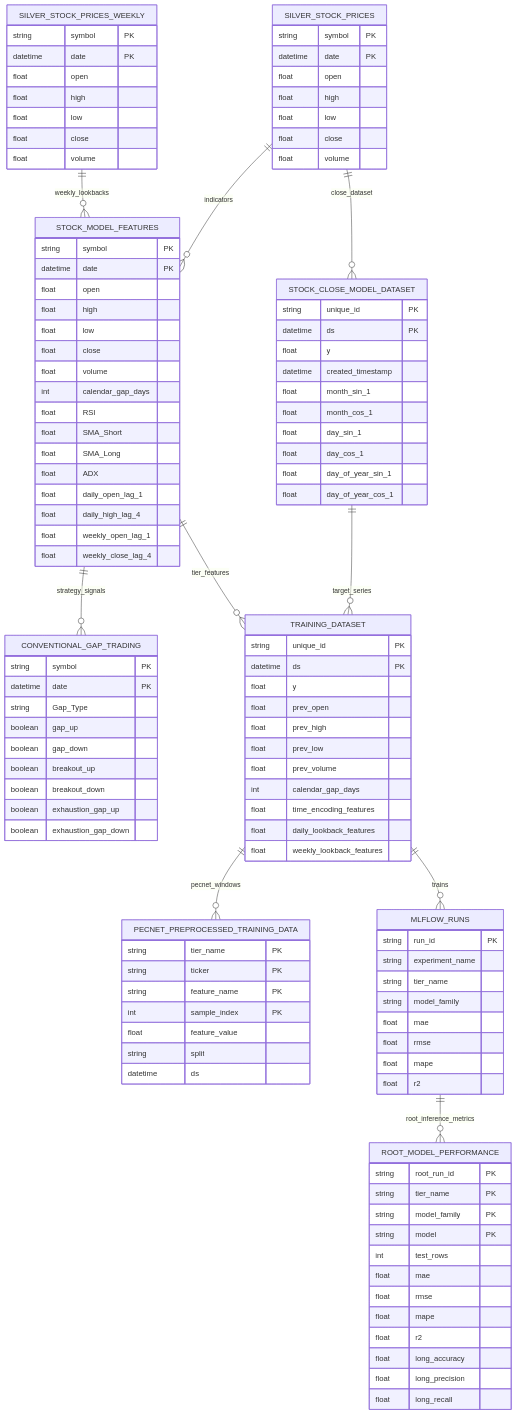
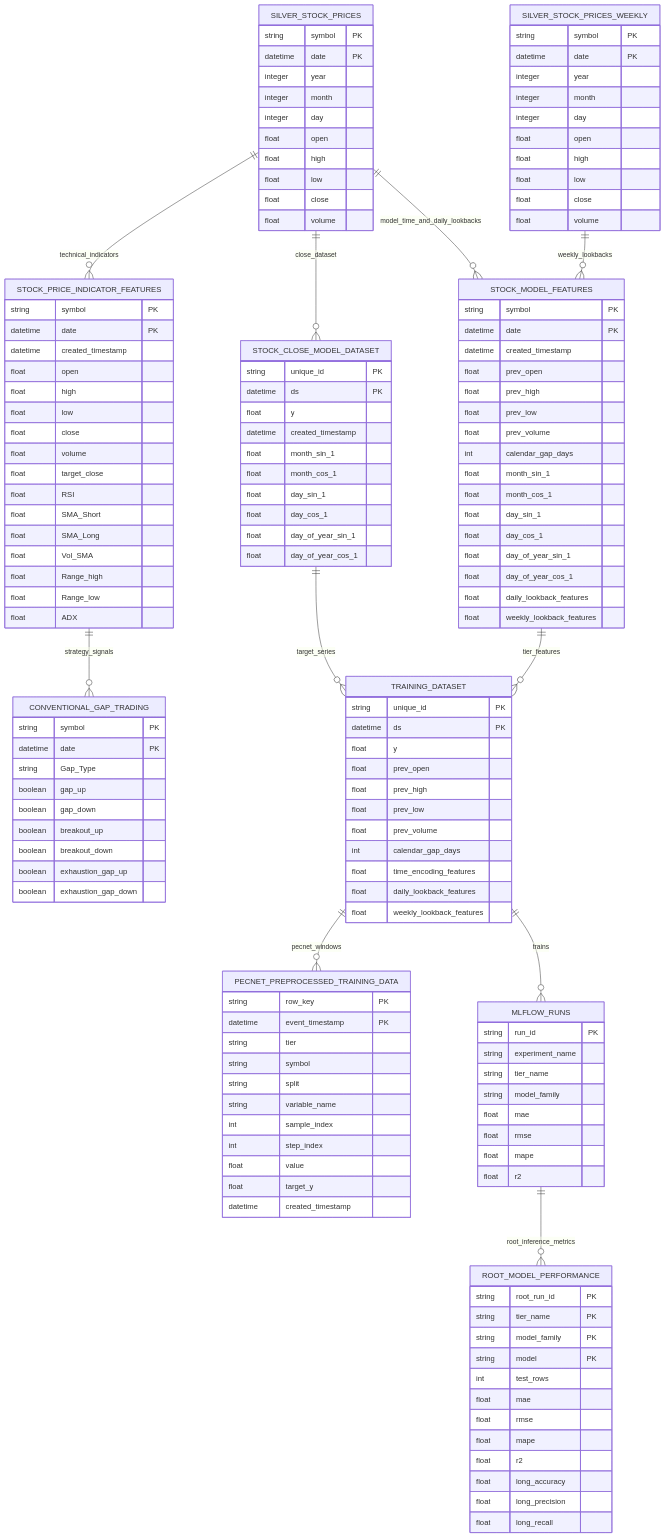
Before and after one commit to Batuhansaylam26/algo_trading: the second of 2 diagrams in docs/stock_close_oop_and_data_diagrams.md, drawn with Mermaid. The commit also changed other lines of this file and 23 other files, not shown here.

```diff
--- a/docs/stock_close_oop_and_data_diagrams.md
+++ b/docs/stock_close_oop_and_data_diagrams.md
@@ -171,6 +175,9 @@
     SILVER_STOCK_PRICES {
         string symbol PK
         datetime date PK
+        integer year
+        integer month
+        integer day
         float open
         float high
         float low
@@ -181,6 +188,9 @@
     SILVER_STOCK_PRICES_WEEKLY {
         string symbol PK
         datetime date PK
+        integer year
+        integer month
+        integer day
         float open
         float high
         float low
@@ -204,20 +214,39 @@
     STOCK_MODEL_FEATURES {
         string symbol PK
         datetime date PK
+        datetime created_timestamp
+        float prev_open
+        float prev_high
+        float prev_low
+        float prev_volume
+        int calendar_gap_days
+        float month_sin_1
+        float month_cos_1
+        float day_sin_1
+        float day_cos_1
+        float day_of_year_sin_1
+        float day_of_year_cos_1
+        float daily_lookback_features
+        float weekly_lookback_features
+    }
+
+    STOCK_PRICE_INDICATOR_FEATURES {
+        string symbol PK
+        datetime date PK
+        datetime created_timestamp
         float open
         float high
         float low
         float close
         float volume
-        int calendar_gap_days
+        float target_close
         float RSI
         float SMA_Short
         float SMA_Long
+        float Vol_SMA
+        float Range_high
+        float Range_low
         float ADX
-        float daily_open_lag_1
-        float daily_high_lag_4
-        float weekly_open_lag_1
-        float weekly_close_lag_4
     }
 
     CONVENTIONAL_GAP_TRADING {
@@ -247,13 +276,17 @@
     }
 
     PECNET_PREPROCESSED_TRAINING_DATA {
-        string tier_name PK
-        string ticker PK
-        string feature_name PK
-        int sample_index PK
-        float feature_value
+        string row_key PK
+        datetime event_timestamp PK
+        string tier
+        string symbol
         string split
-        datetime ds
+        string variable_name
+        int sample_index
+        int step_index
+        float value
+        float target_y
+        datetime created_timestamp
     }
 
     MLFLOW_RUNS {
@@ -283,9 +316,10 @@
     }
 
     SILVER_STOCK_PRICES ||--o{ STOCK_CLOSE_MODEL_DATASET : close_dataset
-    SILVER_STOCK_PRICES ||--o{ STOCK_MODEL_FEATURES : indicators
+    SILVER_STOCK_PRICES ||--o{ STOCK_PRICE_INDICATOR_FEATURES : technical_indicators
+    SILVER_STOCK_PRICES ||--o{ STOCK_MODEL_FEATURES : model_time_and_daily_lookbacks
     SILVER_STOCK_PRICES_WEEKLY ||--o{ STOCK_MODEL_FEATURES : weekly_lookbacks
-    STOCK_MODEL_FEATURES ||--o{ CONVENTIONAL_GAP_TRADING : strategy_signals
+    STOCK_PRICE_INDICATOR_FEATURES ||--o{ CONVENTIONAL_GAP_TRADING : strategy_signals
     STOCK_CLOSE_MODEL_DATASET ||--o{ TRAINING_DATASET : target_series
     STOCK_MODEL_FEATURES ||--o{ TRAINING_DATASET : tier_features
     TRAINING_DATASET ||--o{ PECNET_PREPROCESSED_TRAINING_DATA : pecnet_windows
```
